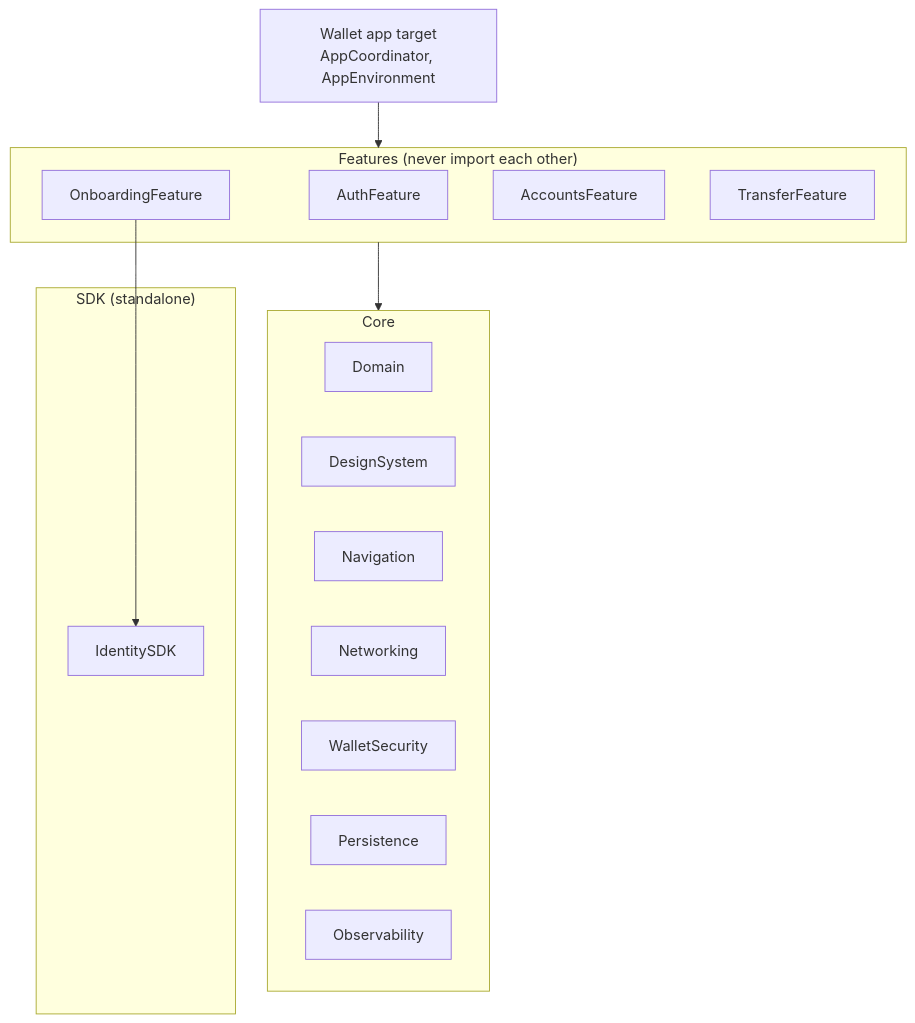
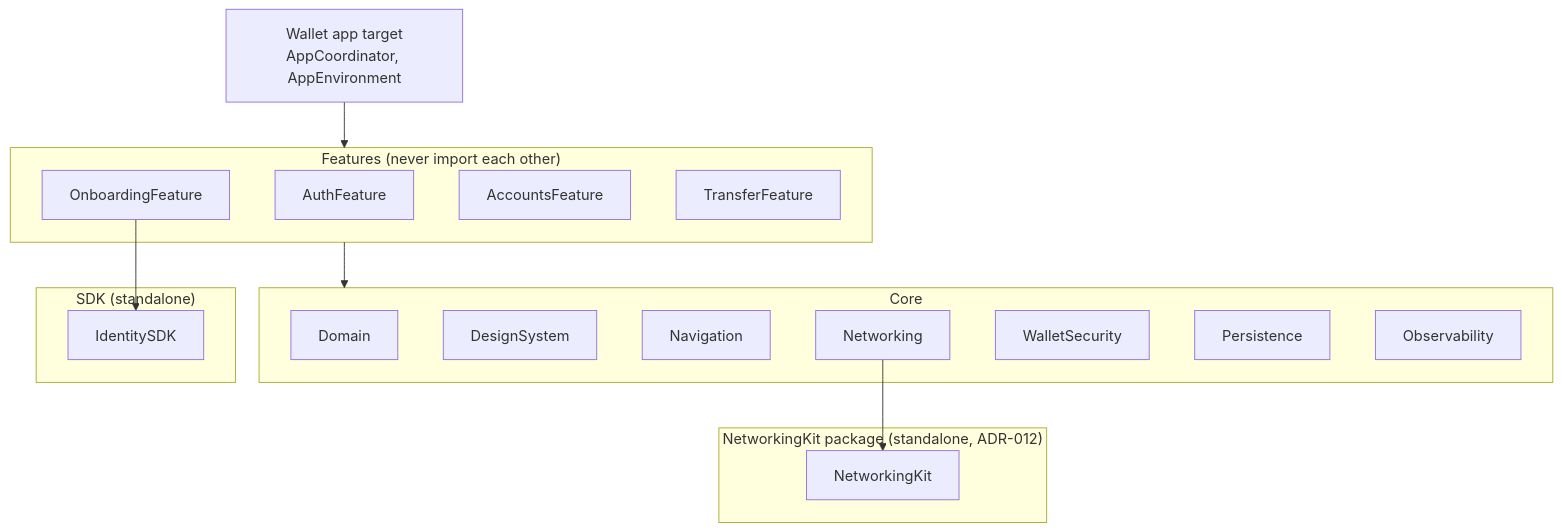
Before and after one commit to jowong123/BankingAppSwiftUI: the first of 2 diagrams in docs/SPEC.md, drawn with Mermaid. The commit also changed other lines of this file and 3 other files, not shown here.

First line of the commit message:
phase 3: docs(adr): add ADR-012 NetworkingKit and ADR-016 sandbox backend

````diff
--- a/docs/SPEC.md
+++ b/docs/SPEC.md
@@ -41,25 +41,29 @@
 ```mermaid
 flowchart TD
     App["Wallet app target<br/>AppCoordinator, AppEnvironment"]
     subgraph Features["Features (never import each other)"]
         Auth[AuthFeature]
         Onb[OnboardingFeature]
         Acc[AccountsFeature]
         Tr[TransferFeature]
     end
     subgraph Core["Core"]
         Domain
         DesignSystem
         Navigation
         Networking
         WalletSecurity
         Persistence
         Observability
     end
     subgraph SDK["SDK (standalone)"]
         IdentitySDK
     end
+    subgraph Pkg["NetworkingKit package (standalone, ADR-012)"]
+        NetworkingKit
+    end
     App --> Features
     Features --> Core
     Onb --> IdentitySDK
+    Networking --> NetworkingKit
 ```
````
